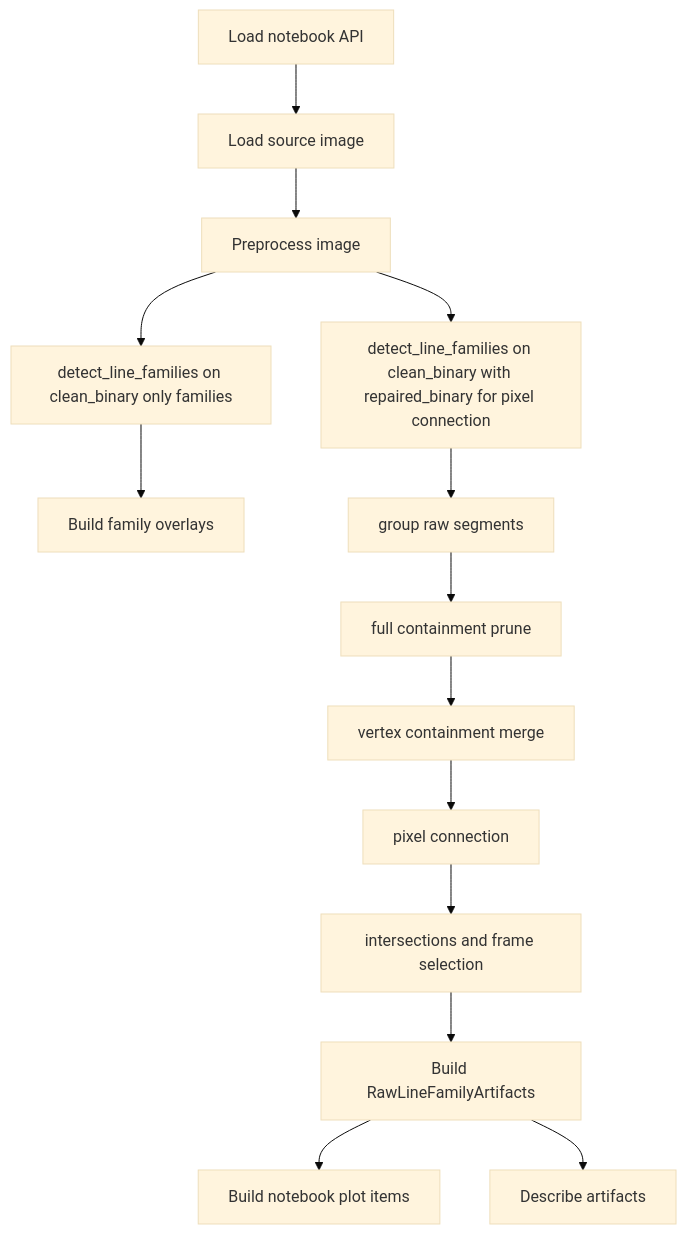
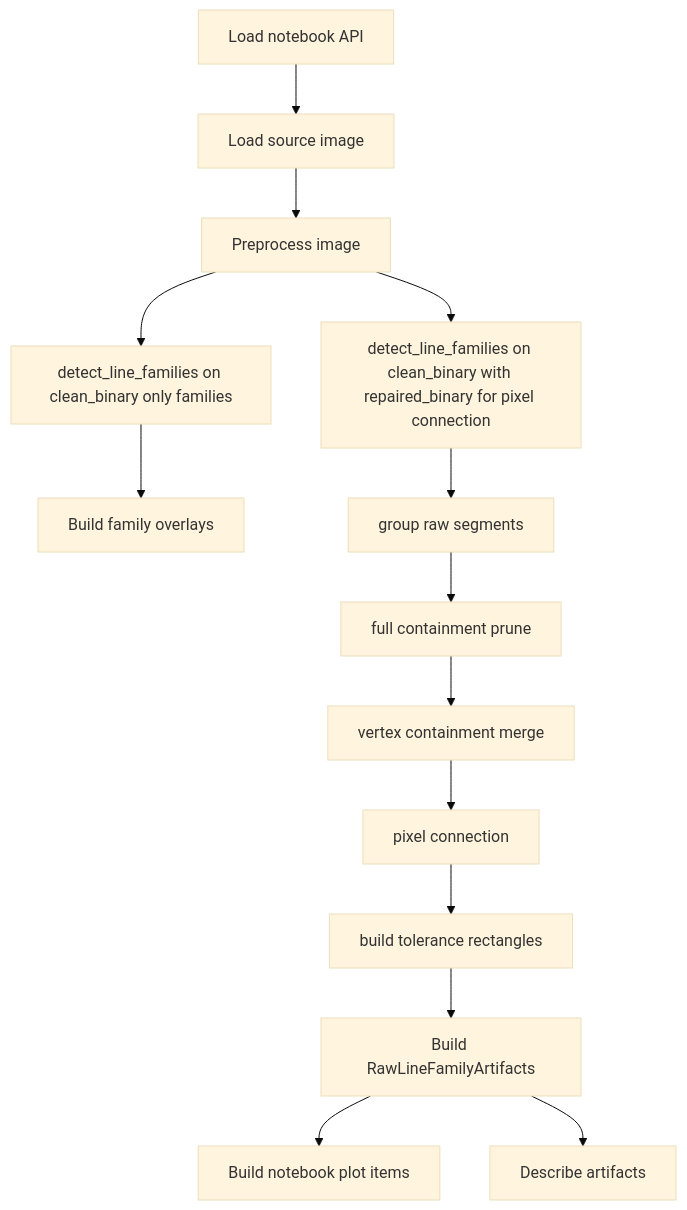
One commit to ML-Experts/sudoku changed the diagram in src/MachineLearning/draft/raw_line_family_only/documentation/pipeline_overview.md. Above: the diagram before and after it, drawn with Mermaid (base theme). The commit also changed other lines of this file and 41 other files, not shown here.

````diff
--- a/src/MachineLearning/draft/raw_line_family_only/documentation/pipeline_overview.md
+++ b/src/MachineLearning/draft/raw_line_family_only/documentation/pipeline_overview.md
@@ -332,16 +331,16 @@
 ```mermaid
 flowchart TD
     loadApi[Load notebook API] --> loadImage[Load source image]
     loadImage --> preprocess[Preprocess image]
     preprocess --> familyPass[detect_line_families on clean_binary only families]
     preprocess --> fullPass[detect_line_families on clean_binary with repaired_binary for pixel connection]
     familyPass --> familyOverlay[Build family overlays]
     fullPass --> grouping[group raw segments]
     grouping --> fullContainment[full containment prune]
     fullContainment --> vertexMerge[vertex containment merge]
     vertexMerge --> connection[pixel connection]
-    connection --> intersections[intersections and frame selection]
-    intersections --> buildArtifacts[Build RawLineFamilyArtifacts]
+    connection --> tolerance[build tolerance rectangles]
+    tolerance --> buildArtifacts[Build RawLineFamilyArtifacts]
     buildArtifacts --> buildPlots[Build notebook plot items]
     buildArtifacts --> buildReport[Describe artifacts]
 ```
````
